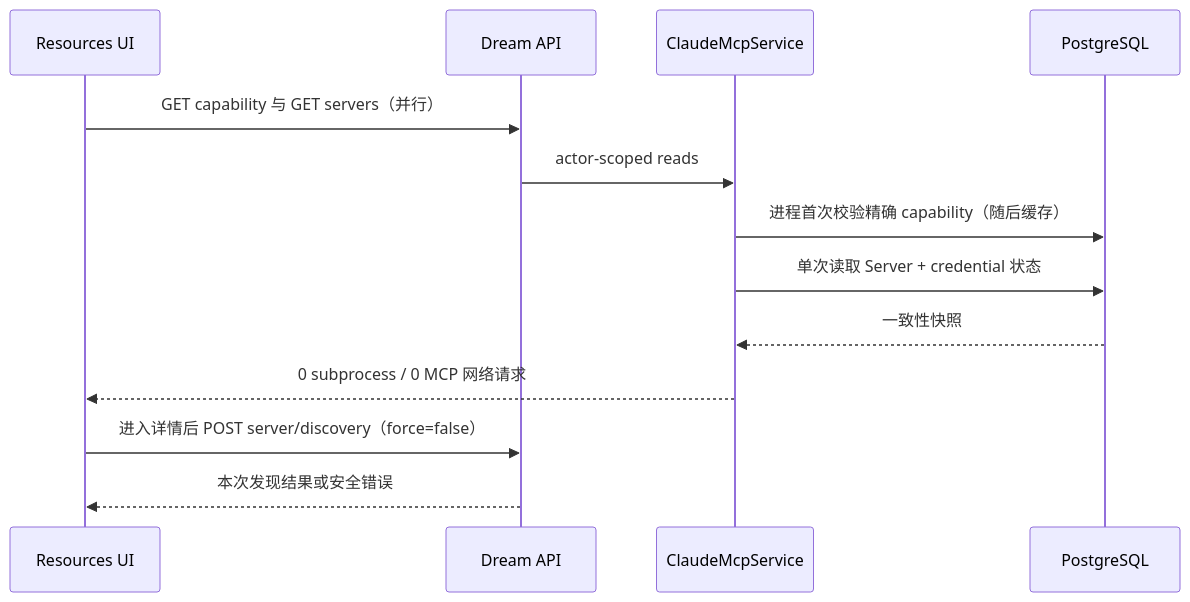
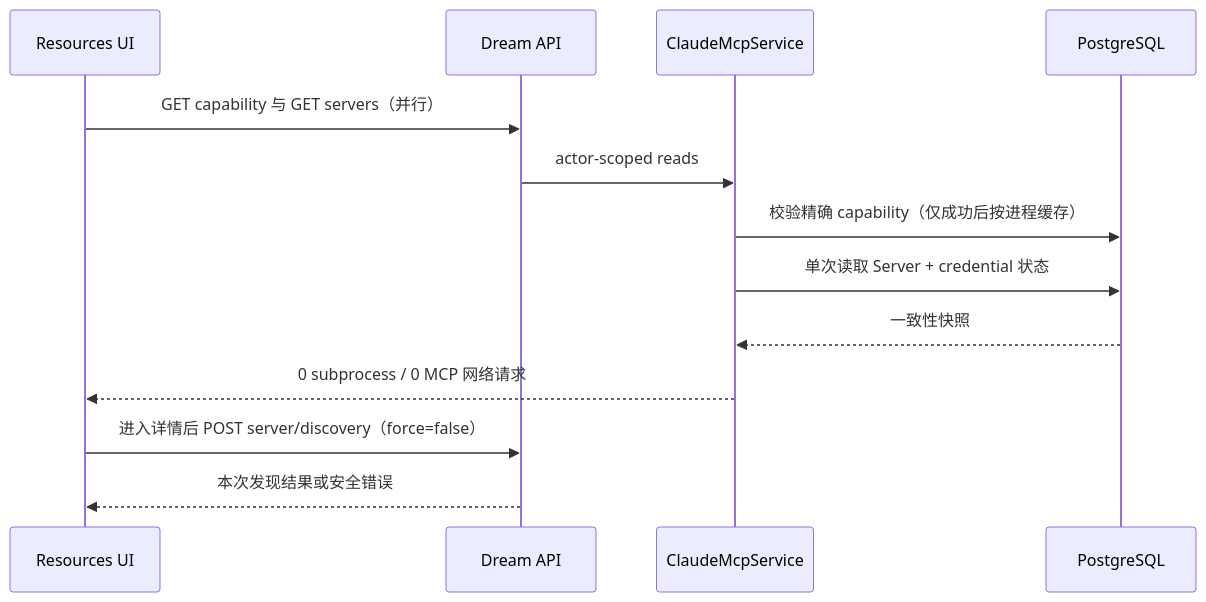
One commit to glide-the/im-dream changed the second of 11 diagrams in docs/design/claude-agent/dream-managed-mcp-resources.md. Above: the diagram before and after it, drawn with Mermaid. The commit also changed other lines of this file and 12 other files, not shown here.

````diff
--- a/docs/design/claude-agent/dream-managed-mcp-resources.md
+++ b/docs/design/claude-agent/dream-managed-mcp-resources.md
@@ -128,15 +129,15 @@
 ```mermaid
 sequenceDiagram
     participant UI as Resources UI
     participant API as Dream API
     participant S as ClaudeMcpService
     participant DB as PostgreSQL
     UI->>API: GET capability 与 GET servers（并行）
     API->>S: actor-scoped reads
-    S->>DB: 进程首次校验精确 capability（随后缓存）
+    S->>DB: 校验精确 capability（仅成功后按进程缓存）
     S->>DB: 单次读取 Server + credential 状态
     DB-->>S: 一致性快照
     S-->>UI: 0 subprocess / 0 MCP 网络请求
     UI->>API: 进入详情后 POST server/discovery（force=false）
     API-->>UI: 本次发现结果或安全错误
 ```
````
